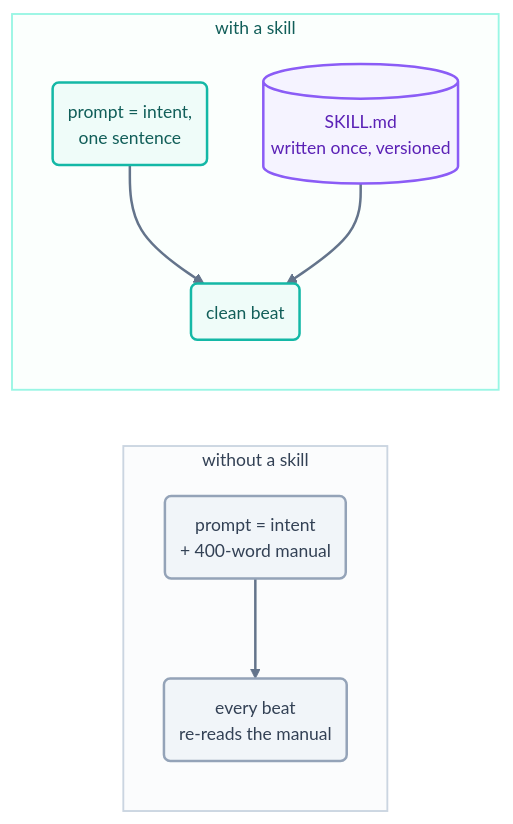
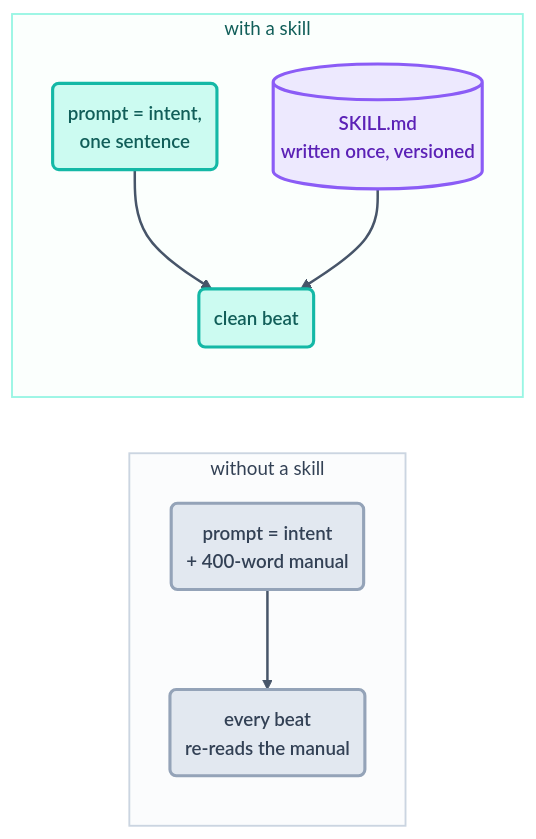
The first of 2 diagrams in docs/05-part-3-the-body/09-skills.md (ayeshakhalid192007-dev/LoopEngineering-CrashCourse), drawn with Mermaid before and after one commit. The commit also changed other lines of this file and 66 other files, not shown here.

First line of the commit message:
docs(diagrams): visibly bolder pass — deeper fills, heavier strokes, semibold labels

````diff
--- a/docs/05-part-3-the-body/09-skills.md
+++ b/docs/05-part-3-the-body/09-skills.md
@@ -45,17 +45,17 @@
 ```mermaid
-%%{init: {'theme':'base','themeVariables':{'fontFamily':'ui-sans-serif, system-ui, sans-serif','fontSize':'14px','lineColor':'#64748b','edgeLabelBackground':'#f8fafc'},'flowchart':{'curve':'basis','nodeSpacing':45,'rankSpacing':55,'padding':12}}}%%
+%%{init: {'theme':'base','themeVariables':{'fontFamily':'ui-sans-serif, system-ui, sans-serif','fontSize':'15px','lineColor':'#475569','edgeLabelBackground':'#f8fafc'},'flowchart':{'curve':'basis','nodeSpacing':45,'rankSpacing':55,'padding':12}}}%%
 flowchart LR
     subgraph FAT ["without a skill"]
       P1("prompt = intent<br/>+ 400-word manual"):::stop --> B1("every beat<br/>re-reads the manual"):::stop
     end
     subgraph LEAN ["with a skill"]
       P2("prompt = intent,<br/>one sentence"):::win --> B2("clean beat"):::win
       SK[("SKILL.md<br/>written once, versioned")]:::cfg --> B2
     end
-    linkStyle default stroke:#64748b,stroke-width:2px;
-    classDef stop fill:#f1f5f9,stroke:#94a3b8,stroke-width:2px,color:#334155;
-    classDef win fill:#effcf9,stroke:#14b8a6,stroke-width:2px,color:#115e59;
-    classDef cfg fill:#f5f3ff,stroke:#8b5cf6,stroke-width:2px,color:#5b21b6;
+    linkStyle default stroke:#475569,stroke-width:2px;
+    classDef stop fill:#e2e8f0,stroke:#94a3b8,stroke-width:2.5px,color:#334155,font-weight:600;
+    classDef win fill:#ccfbf1,stroke:#14b8a6,stroke-width:2.5px,color:#115e59,font-weight:600;
+    classDef cfg fill:#ede9fe,stroke:#8b5cf6,stroke-width:2.5px,color:#5b21b6,font-weight:600;
     style FAT fill:#fbfcfd,stroke:#cbd5e1,stroke-width:1.5px,color:#334155;
     style LEAN fill:#fbfffd,stroke:#99f6e4,stroke-width:1.5px,color:#115e59;
 ```
````
